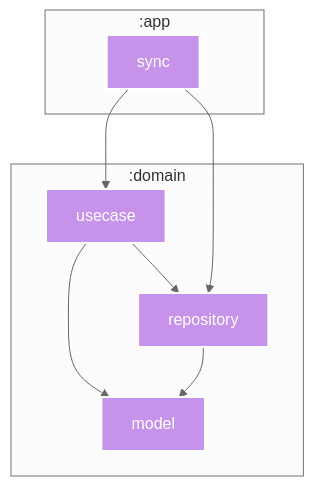
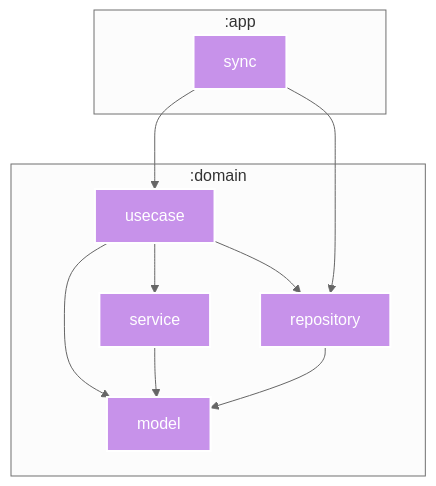
One commit to SorrowBlue/ComicViewer changed the diagram in app/sync/README.md. Above: the diagram before and after it, drawn with Mermaid. The commit also changed 21 other files, not shown here.

````diff
--- a/app/sync/README.md
+++ b/app/sync/README.md
@@ -5,30 +5,38 @@
 ```mermaid
 %%{
   init: {
     'theme': 'neutral'
   }
 }%%
 
 graph TB
   subgraph :domain
     :domain:usecase["usecase"]
     :domain:model["model"]
     :domain:repository["repository"]
+    :domain:service["service"]
+    :domain:service["service"]
+    :domain:repository["repository"]
+    :domain:usecase["usecase"]
+    :domain:repository["repository"]
   end
   subgraph :app
     :app:sync["sync"]
   end
 
   :domain:usecase --> :domain:model
   :domain:usecase --> :domain:repository
-  :domain:repository --> :domain:model
+  :domain:usecase --> :domain:service
+  :domain:service --> :domain:model
   :app:sync --> :domain:repository
   :app:sync --> :domain:usecase
+  :domain:repository --> :domain:model
 
 classDef kotlin-multiplatform fill:#C792EA,stroke:#fff,stroke-width:2px,color:#fff;
 class :domain:usecase kotlin-multiplatform
 class :domain:model kotlin-multiplatform
 class :domain:repository kotlin-multiplatform
+class :domain:service kotlin-multiplatform
 class :app:sync kotlin-multiplatform
 
 ```
````
